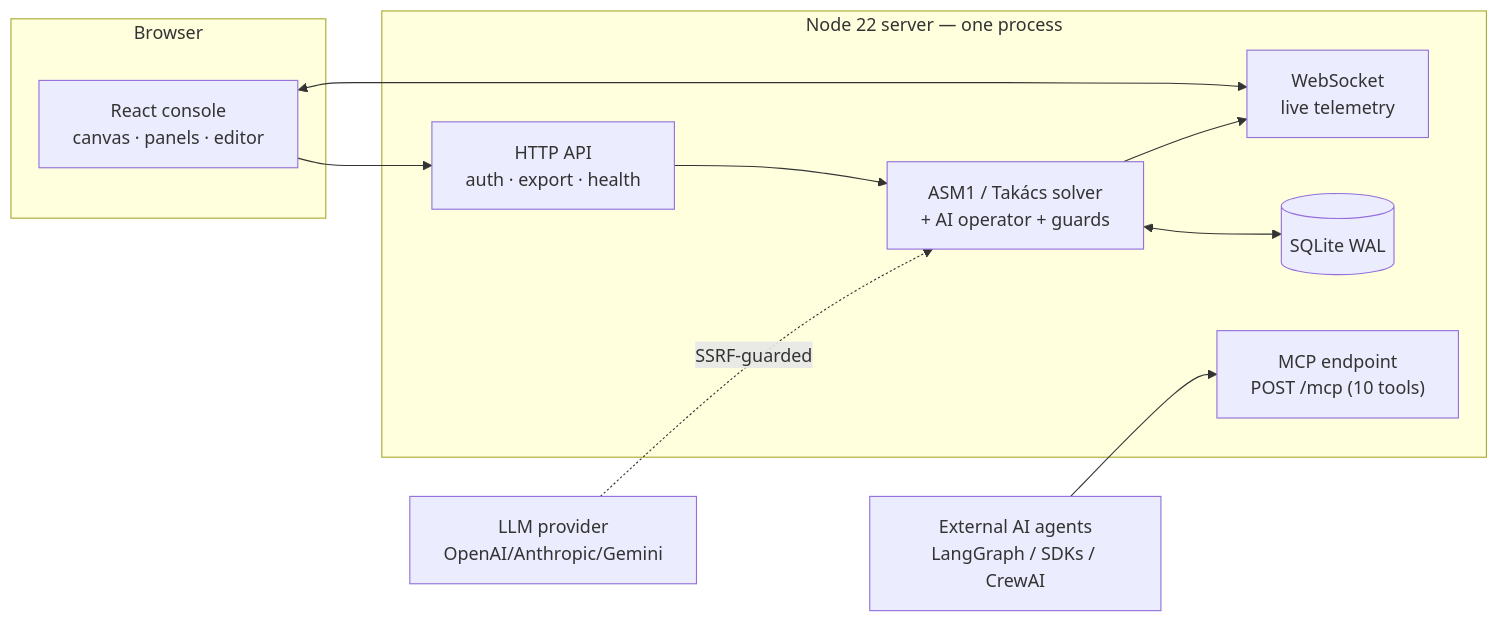
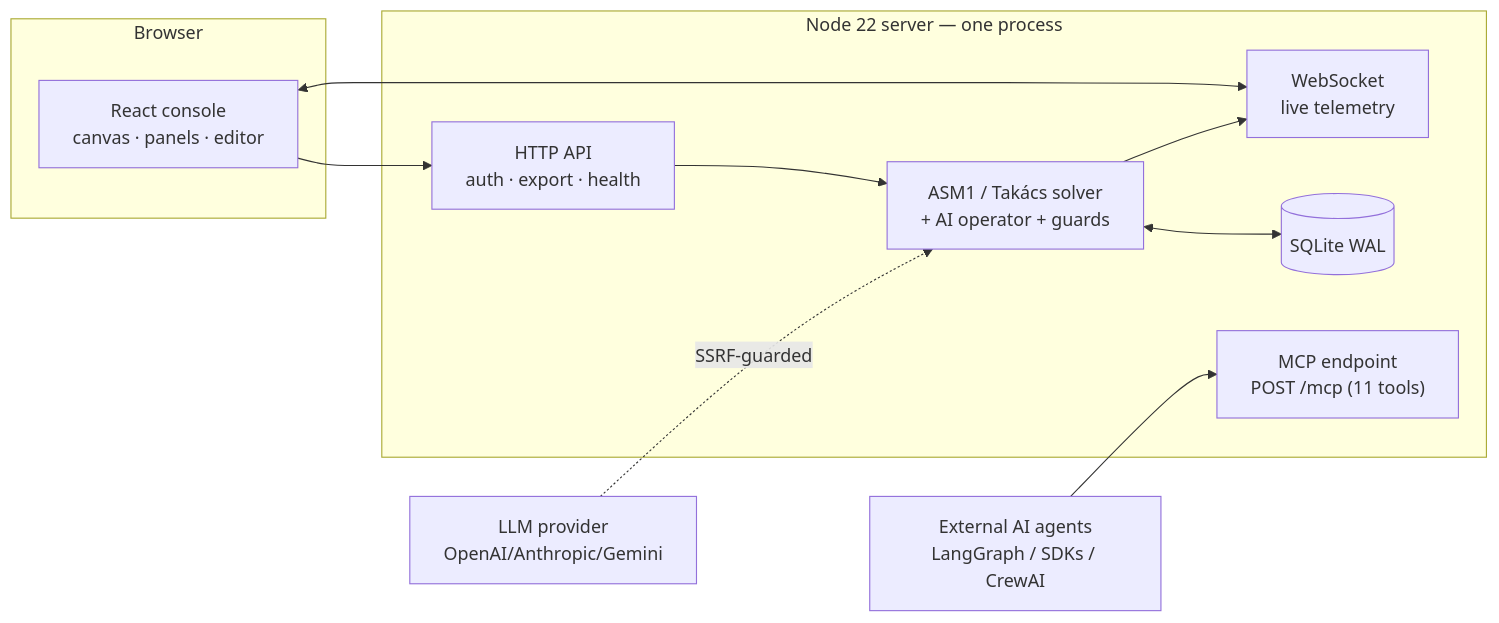
The diagram in README.md (Morningstar202604/aquapilot), drawn with Mermaid before and after one commit. The commit also changed other lines of this file and 7 other files, not shown here.

````diff
--- a/README.md
+++ b/README.md
@@ -64,20 +73,20 @@
 ```mermaid
 flowchart LR
     subgraph client [Browser]
         UI[React console<br/>canvas · panels · editor]
     end
     subgraph server [Node 22 server — one process]
         WS[WebSocket<br/>live telemetry]
         HTTP[HTTP API<br/>auth · export · health]
-        MCP["MCP endpoint<br/>POST /mcp (10 tools)"]
+        MCP["MCP endpoint<br/>POST /mcp (11 tools)"]
         SIM[ASM1 / Takács solver<br/>+ AI operator + guards]
         DB[(SQLite WAL)]
     end
     LLM[LLM provider<br/>OpenAI/Anthropic/Gemini] -. SSRF-guarded .-> SIM
     Agent[External AI agents<br/>LangGraph / SDKs / CrewAI] --> MCP
     UI <--> WS
     UI --> HTTP
     SIM --> WS
     SIM <--> DB
     HTTP --> SIM
 ```
````
